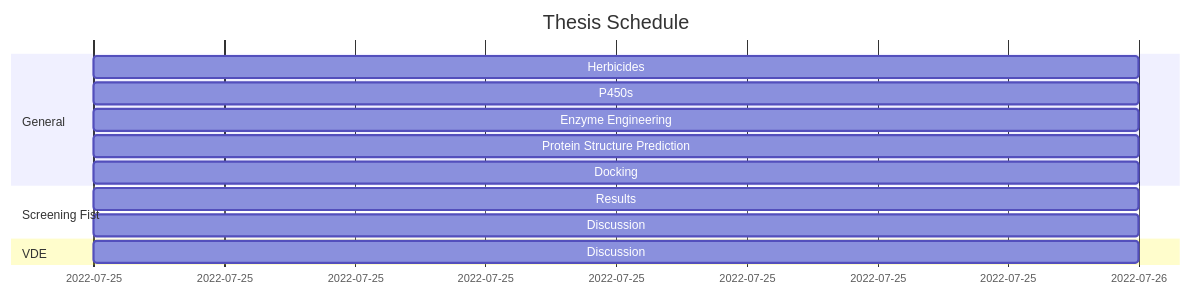
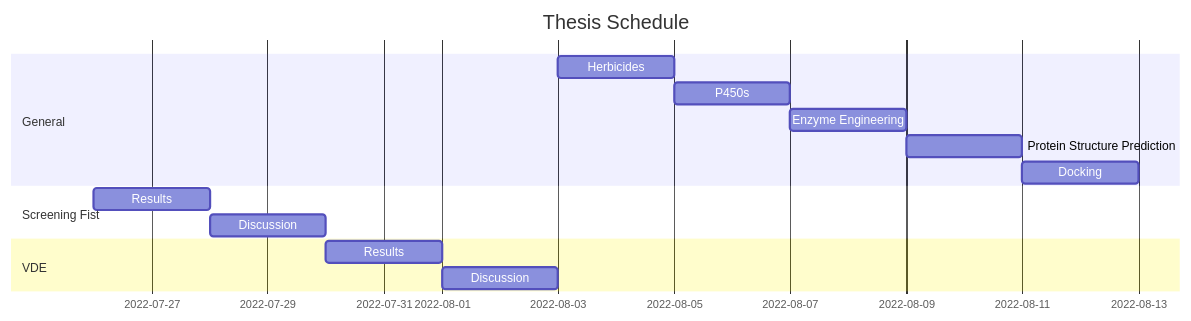
Before and after one commit to jamesengleback/thesis: the diagram in readme.md, drawn with Mermaid. The commit also changed other lines of this file and 17 other files, not shown here.

````diff
--- a/readme.md
+++ b/readme.md
@@ -29,18 +30,19 @@
 ```mermaid
 gantt
         title Thesis Schedule
         %dateFormat YYYY-MM-DD
         %%axisFormat %Y/%m/%d
         %%axisFormat  %Y-%m-%d
 	section General
-	Herbicides 			: g1, 2022-07-25, 1d
-	P450s   			: g2, 2022-07-25, 1d
-	Enzyme Engineering 		: g3, 2022-07-25, 1d
-	Protein Structure Prediction 	: g4, 2022-07-25, 1d
-	Docking 		 	: g5, 2022-07-25, 1d
+	Herbicides 			: g1, after v2, 2d
+	P450s   			: g2, after g1, 2d
+	Enzyme Engineering 		: g3, after g2, 2d
+	Protein Structure Prediction 	: g4, after g3, 2d
+	Docking 		 	: g5, after g4, 2d
 	section Screening Fist
-	Results 			: s1, 2022-07-25, 1d
-	Discussion 			: s2, 2022-07-25, 1d
+	Results 			: s1, 2022-07-26, 2d
+	Discussion 			: s2, after s1, 2d
 	section VDE
-	Discussion 			: v1, 2022-07-25, 1d
+	Results 			: v1, after s2, 2d
+	Discussion 			: v2, after v1, 2d
 ```
````
